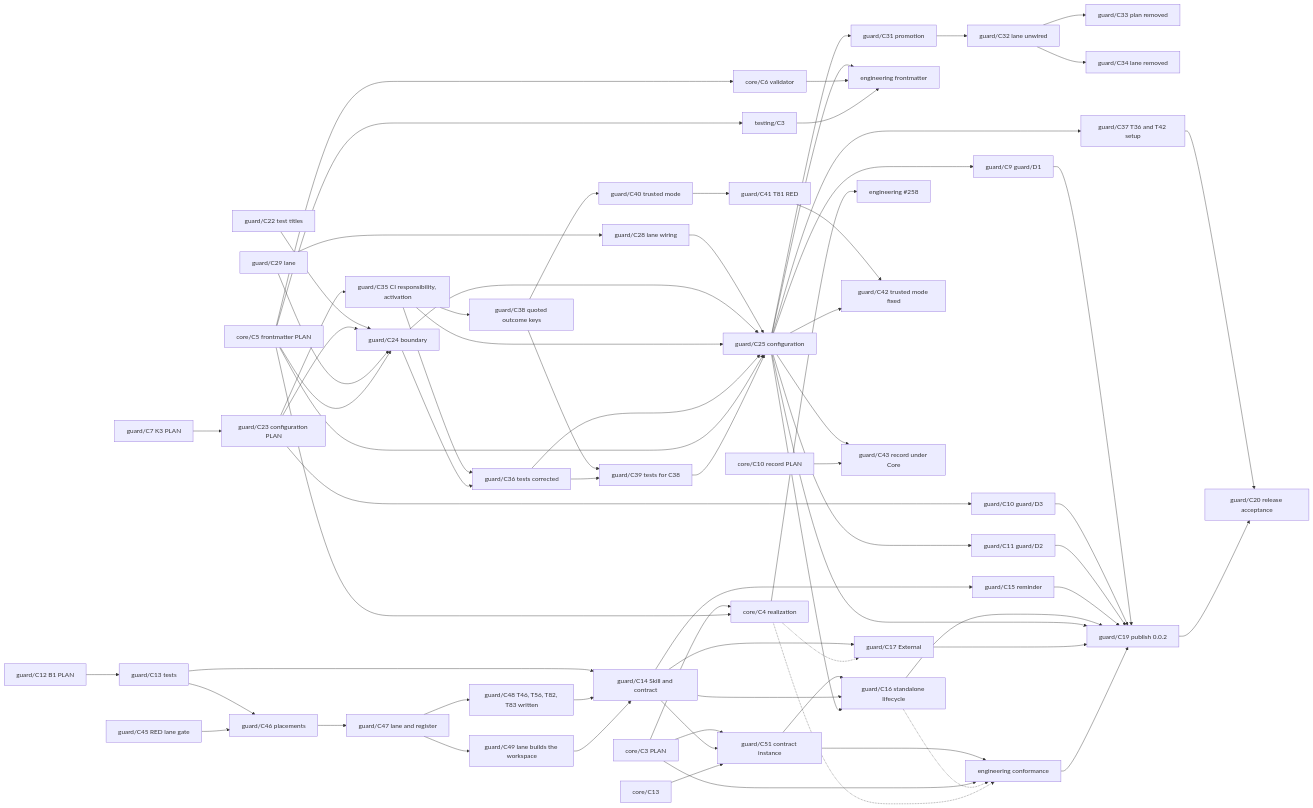
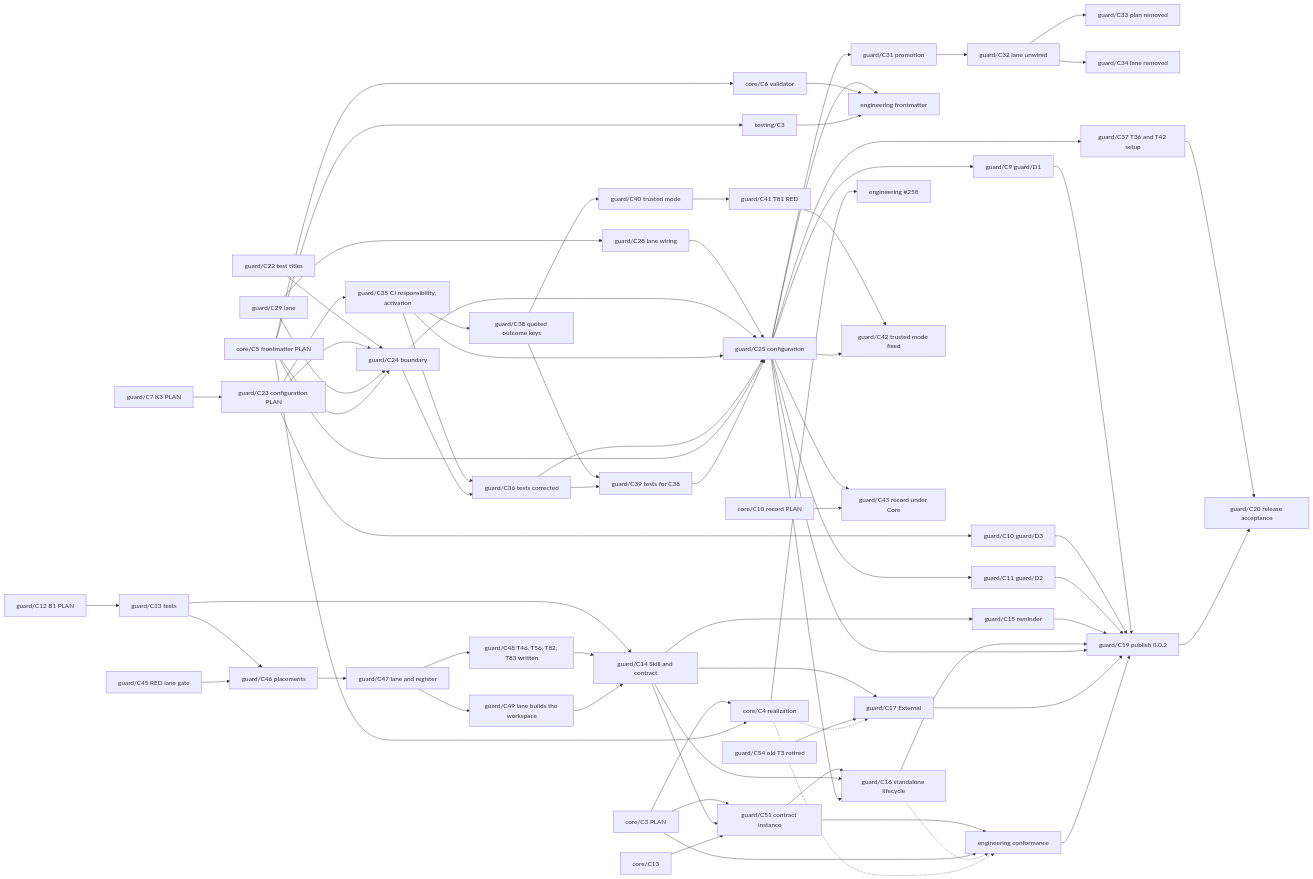
One commit to Kai-Hacks-AI/KAAL changed the diagram in engineering/guard/change.md. Above: the diagram before and after it, drawn with Mermaid. The commit also changed other lines of this file, not shown here.

First line of the commit message:
guard/C55: Change map, guard/C14, guard/C15, guard/C17 and guard/C50–guard/C54 merged

````diff
--- a/engineering/guard/change.md
+++ b/engineering/guard/change.md
@@ -248,75 +250,76 @@
 ```mermaid
 graph LR
   C7[guard/C7 K3 PLAN] --> C23[guard/C23 configuration PLAN]
   C25 --> C9[guard/C9 guard/D1]
   C23 --> C10[guard/C10 guard/D3]
   C25 --> C11[guard/C11 guard/D2]
   C22[guard/C22 test titles] --> C24[guard/C24 boundary]
   C23 --> C24
   C29[guard/C29 lane] --> C28[guard/C28 lane wiring]
   C29 --> C24
   C28 --> C25
   C24 --> C25[guard/C25 configuration]
   C23 --> C35[guard/C35 CI responsibility, activation]
   C35 --> C36[guard/C36 tests corrected]
   C24 --> C36
   C35 --> C25
   C36 --> C25
   C25 --> C31[guard/C31 promotion]
   C31 --> C32[guard/C32 lane unwired]
   C32 --> C33[guard/C33 plan removed]
   C32 --> C34[guard/C34 lane removed]
   FM5 --> C24
   FM5 --> C25
   C25 --> FE
   C12[guard/C12 B1 PLAN] --> C13[guard/C13 tests]
   C13 --> C14[guard/C14 Skill and contract]
   C13 --> C46[guard/C46 placements]
   C45[guard/C45 RED lane gate] --> C46
   C46 --> C47[guard/C47 lane and register]
   C47 --> C48[guard/C48 T46, T56, T82, T83 written]
   C48 --> C14
   C47 --> C49[guard/C49 lane builds the workspace]
   C49 --> C14
   CP[core/C3 PLAN] --> C51
   C14 --> C51[guard/C51 contract instance]
   C13C[core/C13] --> C51
   C51 --> C16
   C14 --> C15[guard/C15 reminder]
   C14 --> C16[guard/C16 standalone lifecycle]
   C25 --> C16
   C14 --> C17[guard/C17 External]
+  C54[guard/C54 old T3 retired] --> C17
   CP --> CR[core/C4 realization]
   FM5[core/C5 frontmatter PLAN] --> CR
   FM5 --> FM6[core/C6 validator]
   FM5 --> TT[testing/C3]
   FM6 --> FE[engineering frontmatter]
   TT --> FE
   CR -.-> C17
   C51 --> EC[engineering conformance]
   CP --> EC
   C16 -.-> EC
   CR -.-> EC
   CR --> EA[engineering #258]
   C9 --> C19[guard/C19 publish 0.0.2]
   C10 --> C19
   C11 --> C19
   C15 --> C19
   C16 --> C19
   C25 --> C19
   C17 --> C19
   EC --> C19
   C35 --> C38[guard/C38 quoted outcome keys]
   C38 --> C39[guard/C39 tests for C38]
   C36 --> C39
   C39 --> C25
   C38 --> C40[guard/C40 trusted mode]
   C40 --> C41[guard/C41 T81 RED]
   C41 --> C42[guard/C42 trusted mode fixed]
   C25 --> C42
   C25 --> C43[guard/C43 record under Core]
   CRC[core/C10 record PLAN] --> C43
   C25 --> C37[guard/C37 T36 and T42 setup]
   C37 --> C20[guard/C20 release acceptance]
   C19 --> C20
 ```
````
